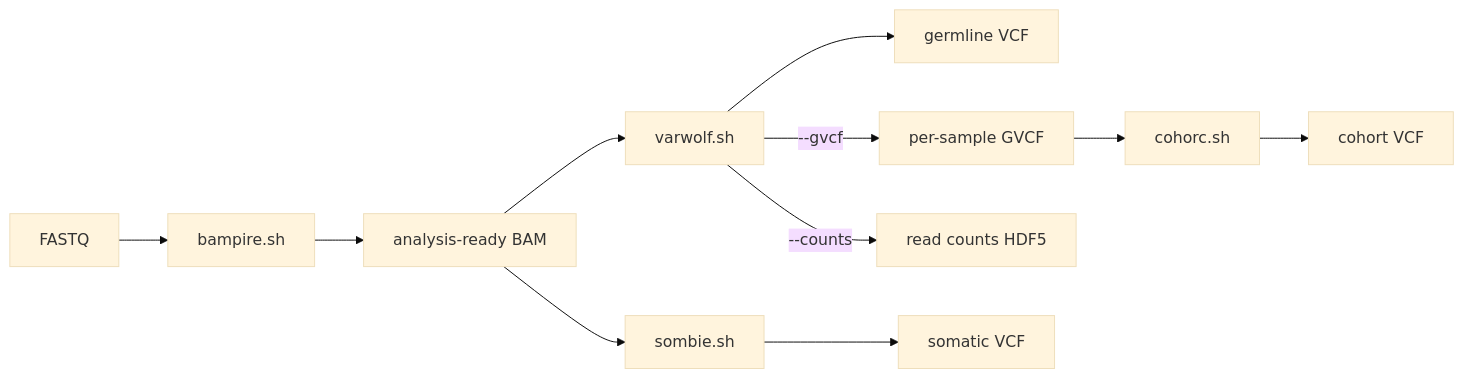
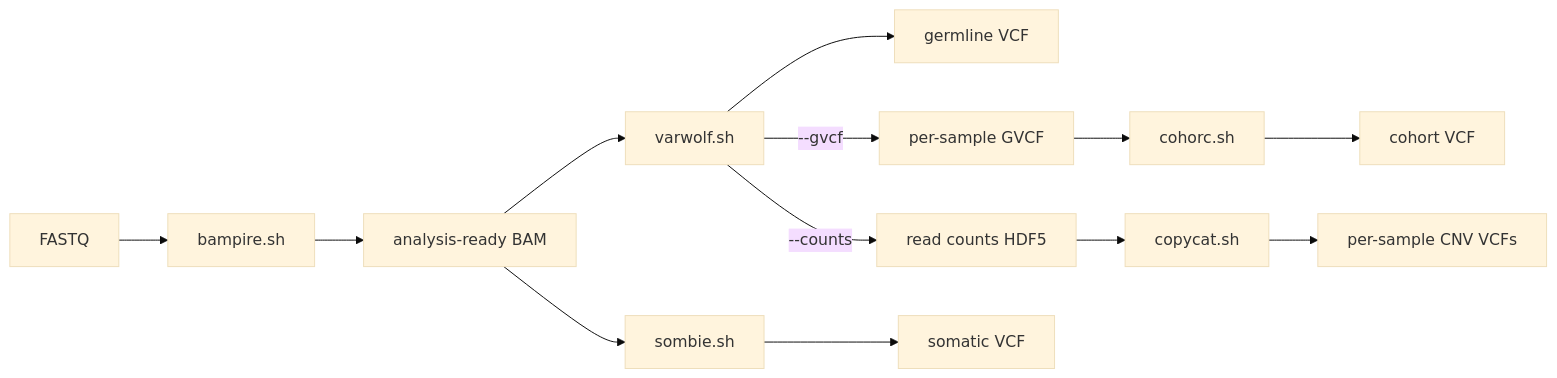
Before and after one commit to NotAPoetButACriminal/menagerie: the diagram in README.md, drawn with Mermaid (base theme). The commit also changed other lines of this file and 1 other file, not shown here.

Commit message:
copycat v1

````diff
--- a/README.md
+++ b/README.md
@@ -19,13 +20,15 @@
 ```mermaid
 flowchart LR
     FQ[FASTQ] --> BAMPIRE[bampire.sh]
     BAMPIRE --> BAM[analysis-ready BAM]
     BAM --> VARWOLF[varwolf.sh]
     BAM --> SOMBIE[sombie.sh]
     VARWOLF --> VCF[germline VCF]
     VARWOLF -->|--gvcf| GVCF[per-sample GVCF]
     VARWOLF -->|--counts| HDF5[read counts HDF5]
     SOMBIE --> SOMVCF[somatic VCF]
     GVCF --> COHORC[cohorc.sh]
     COHORC --> COHORT[cohort VCF]
+    HDF5 --> COPYCAT[copycat.sh]
+    COPYCAT --> CNV[per-sample CNV VCFs]
 ```
````
